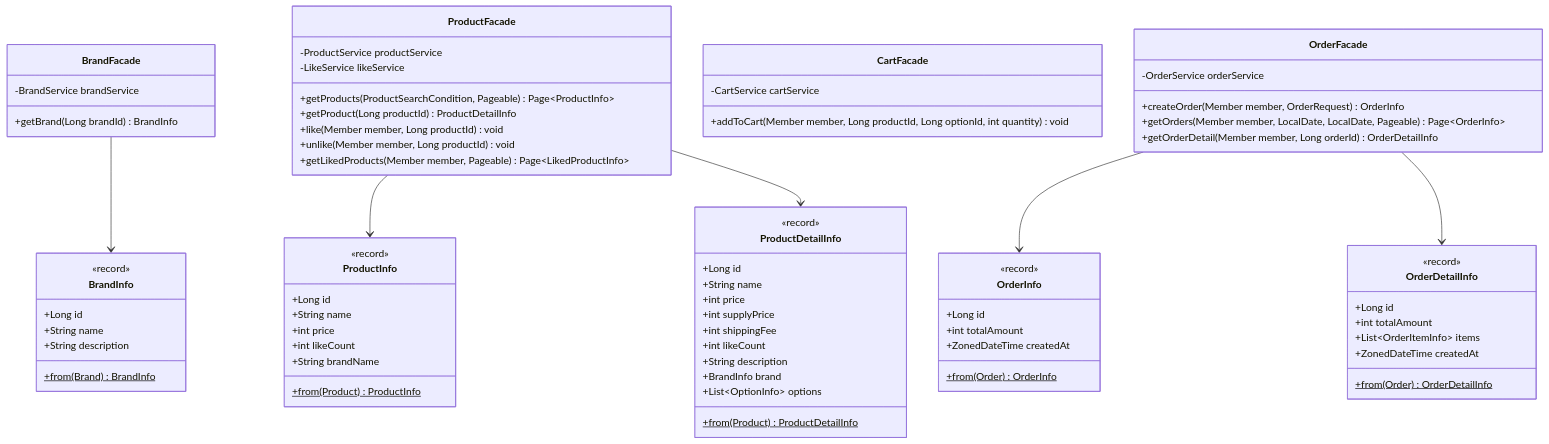
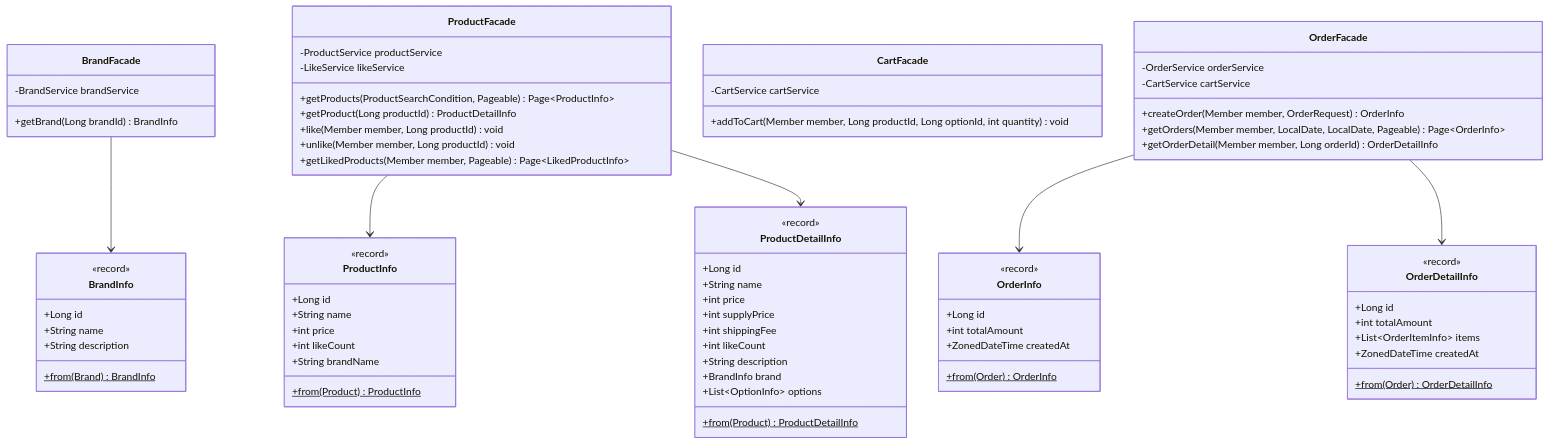
Before and after one commit to jsj1215/loop-pack-be-l2-vol3-java: the fifth of 7 diagrams in docs/design/03-class-diagram.md, drawn with Mermaid. The commit also changed other lines of this file and 1 other file, not shown here.

```diff
--- a/docs/design/03-class-diagram.md
+++ b/docs/design/03-class-diagram.md
@@ -333,6 +337,7 @@
 
     class OrderFacade {
         -OrderService orderService
+        -CartService cartService
         +createOrder(Member member, OrderRequest) OrderInfo
         +getOrders(Member member, LocalDate, LocalDate, Pageable) Page~OrderInfo~
         +getOrderDetail(Member member, Long orderId) OrderDetailInfo
```
